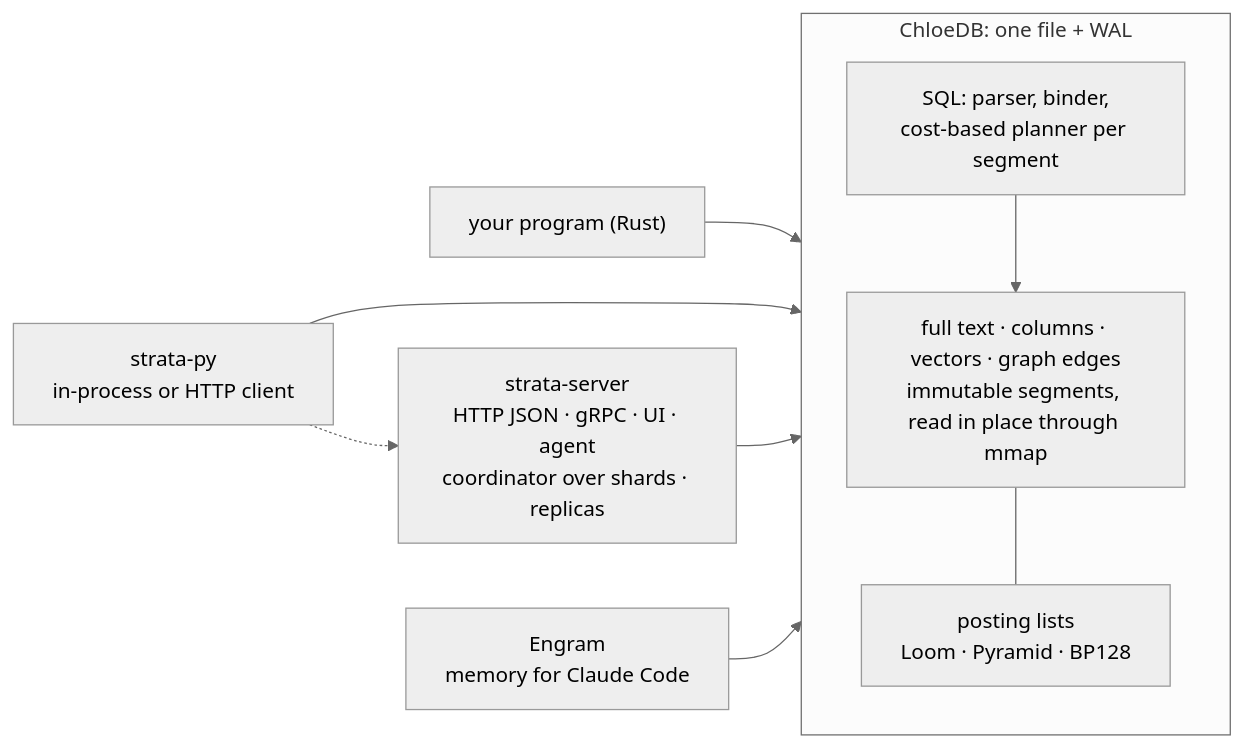
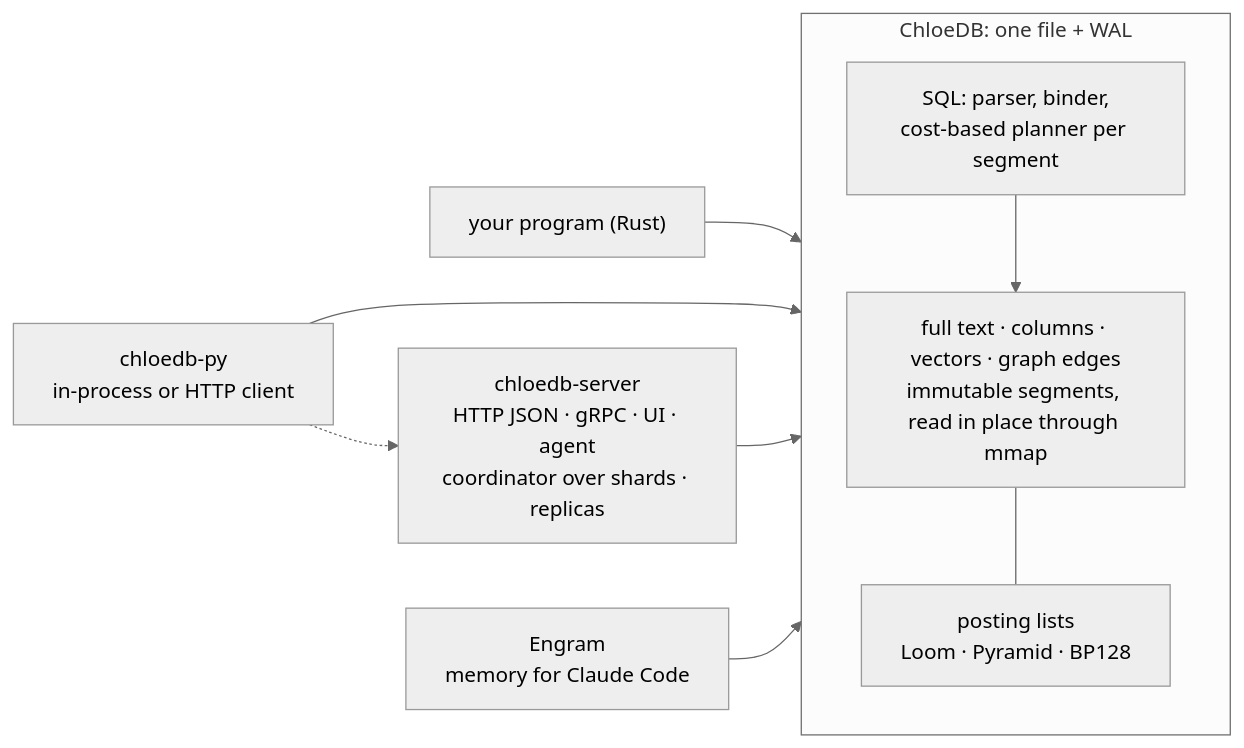
Before and after one commit to chloetech-ai/chloedb: the first of 2 diagrams in docs/README.md, drawn with Mermaid (neutral theme). The commit also changed other lines of this file and 4051 other files, not shown here.

````diff
--- a/docs/README.md
+++ b/docs/README.md
@@ -49,13 +49,13 @@
 ```mermaid
 flowchart LR
     subgraph lib["ChloeDB: one file + WAL"]
         direction TB
         sql["SQL: parser, binder,<br/>cost-based planner per segment"] --> idx["full text · columns · vectors · graph edges<br/>immutable segments, read in place through mmap"]
         idx --- pl["posting lists<br/>Loom · Pyramid · BP128"]
     end
     app["your program (Rust)"] --> lib
-    py["strata-py<br/>in-process or HTTP client"] --> lib
+    py["chloedb-py<br/>in-process or HTTP client"] --> lib
     py -.-> srv
-    srv["strata-server<br/>HTTP JSON · gRPC · UI · agent<br/>coordinator over shards · replicas"] --> lib
+    srv["chloedb-server<br/>HTTP JSON · gRPC · UI · agent<br/>coordinator over shards · replicas"] --> lib
     engram["Engram<br/>memory for Claude Code"] --> lib
 ```
````
